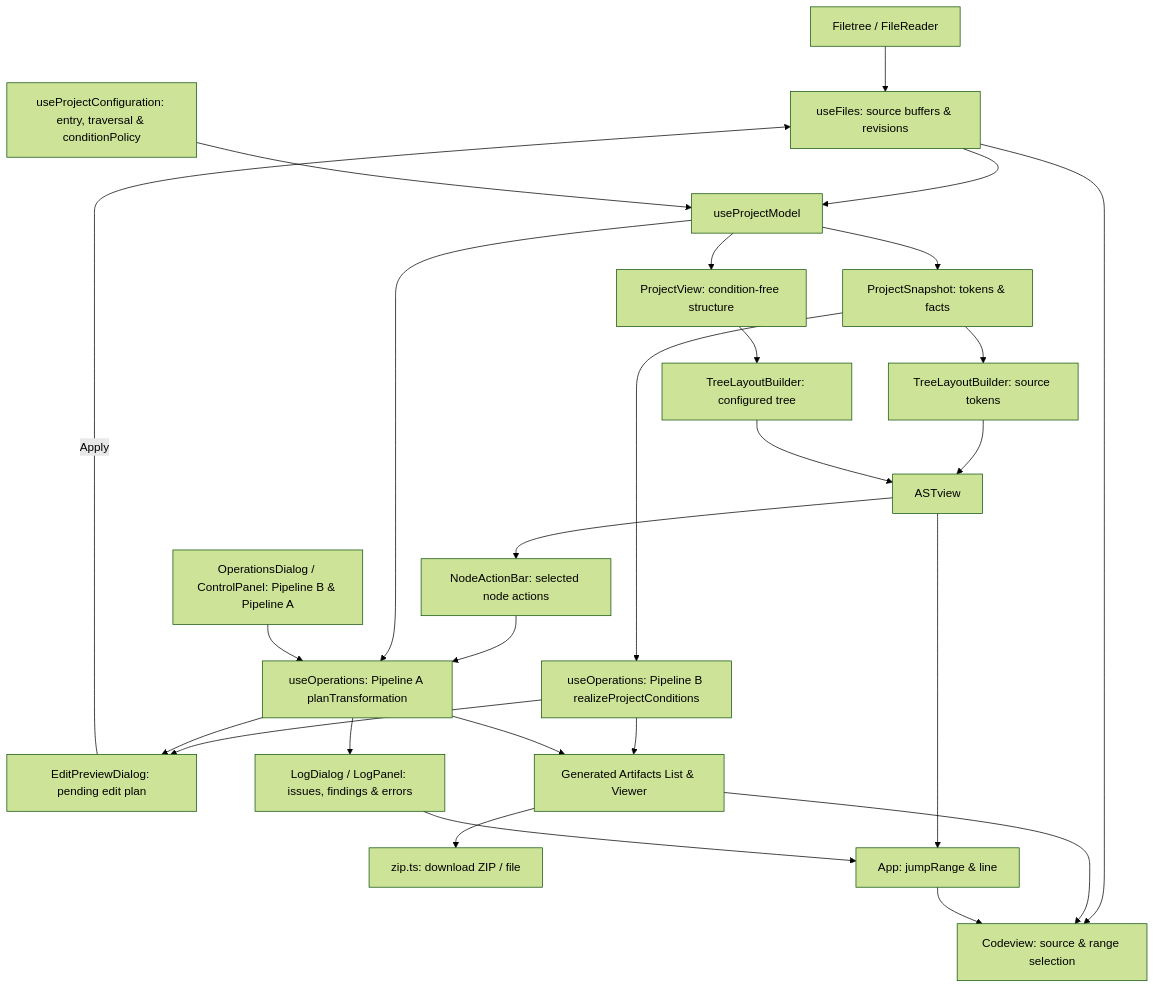
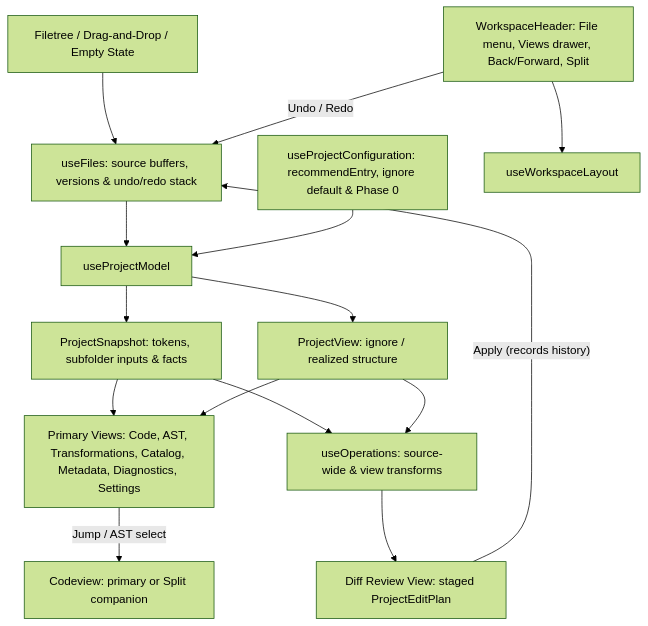
Before and after one commit to preptex/preptex.github.io: the diagram in docs/architecture.md, drawn with Mermaid (forest theme). The commit also changed other lines of this file and 31 other files, not shown here.

Commit message:
feat: redesign workspace UI with views, lazy phase 0, split view, and undo/redo (v0.2.0)

````diff
--- a/docs/architecture.md
+++ b/docs/architecture.md
@@ -58,29 +58,17 @@
 ```mermaid
 flowchart TD
-  Upload[Filetree / FileReader] --> Files[useFiles: source buffers & revisions]
+  Upload[Filetree / Drag-and-Drop / Empty State] --> Files[useFiles: source buffers, versions & undo/redo stack]
   Files --> Model[useProjectModel]
-  Config[useProjectConfiguration: entry, traversal & conditionPolicy] --> Model
-  Model --> Snapshot[ProjectSnapshot: tokens & facts]
-  Model --> View[ProjectView: condition-free structure]
-  Snapshot --> Realize[useOperations: Pipeline B realizeProjectConditions]
-  Realize --> Dialog
-  Realize --> Artifacts
-  Snapshot --> ASTSource[TreeLayoutBuilder: source tokens]
-  View --> ASTConfig[TreeLayoutBuilder: configured tree]
-  ASTSource --> AST[ASTview]
-  ASTConfig --> AST
-  AST --> NodeAction[NodeActionBar: selected node actions]
-  NodeAction --> Ops[useOperations: Pipeline A planTransformation]
-  Model --> Ops
-  Ops --> Log[LogDialog / LogPanel: issues, findings & errors]
-  Ops --> Dialog[EditPreviewDialog: pending edit plan]
-  Dialog -- Apply --> Files
-  Ops --> Artifacts[Generated Artifacts List & Viewer]
-  Artifacts --> Zip[zip.ts: download ZIP / file]
-  Files --> Code[Codeview: source & range selection]
-  Artifacts --> Code
-  AST --> Jump[App: jumpRange & line]
-  Log --> Jump
-  Jump --> Code
-  Control[OperationsDialog / ControlPanel: Pipeline B & Pipeline A] --> Ops
+  Config[useProjectConfiguration: recommendEntry, ignore default & Phase 0] --> Model
+  Model --> Snapshot[ProjectSnapshot: tokens, subfolder inputs & facts]
+  Model --> View[ProjectView: ignore / realized structure]
+  Snapshot --> Ops[useOperations: source-wide & view transforms]
+  View --> Ops
+  Ops --> Diff[Diff Review View: staged ProjectEditPlan]
+  Diff -- Apply (records history) --> Files
+  Header[WorkspaceHeader: File menu, Views drawer, Back/Forward, Split] --> Layout[useWorkspaceLayout]
+  Header -- Undo / Redo --> Files
+  Snapshot --> Views[Primary Views: Code, AST, Transformations, Catalog, Metadata, Diagnostics, Settings]
+  View --> Views
+  Views -- Jump / AST select --> Code[Codeview: primary or Split companion]
 ```
````
